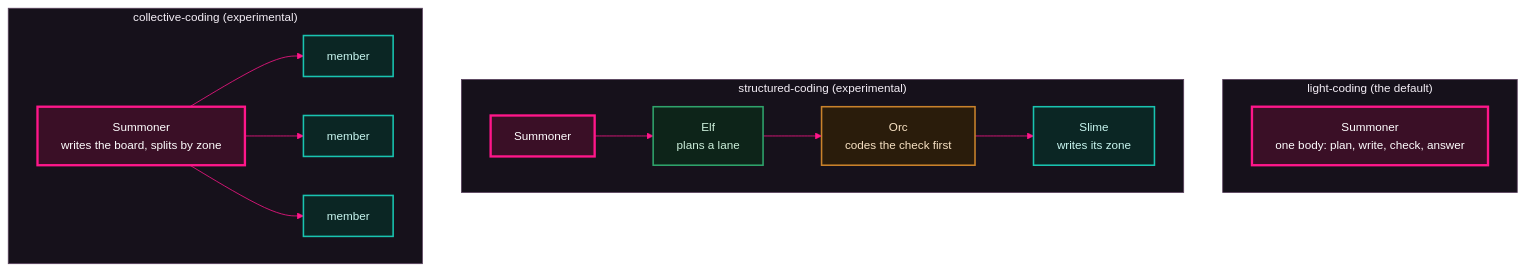
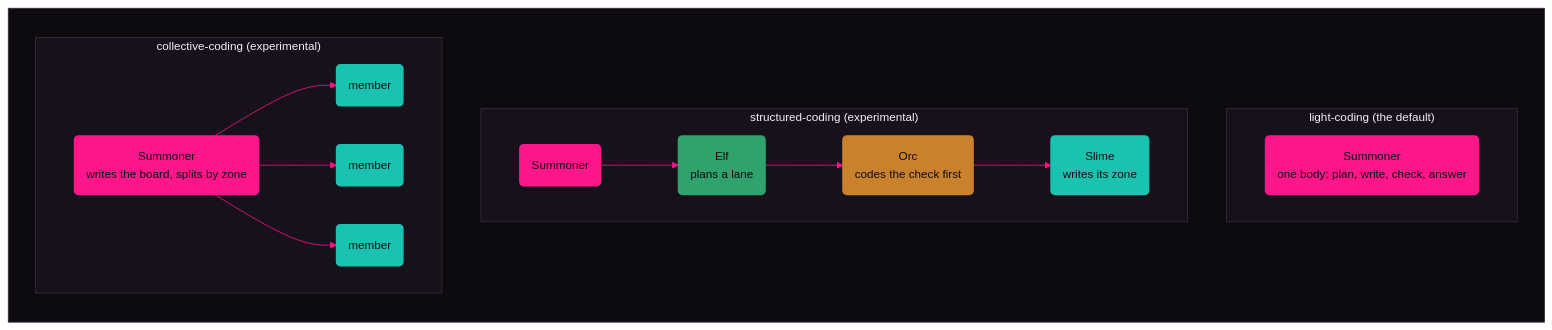
The diagram in docs/experimental/modes.md (Kaginari/mikata), drawn with Mermaid before and after one commit. The commit also changed 55 other files, not shown here.

````diff
--- a/docs/experimental/modes.md
+++ b/docs/experimental/modes.md
@@ -12,76 +12,80 @@
 ```mermaid
 ---
 config:
   theme: base
   themeVariables:
     darkMode: true
     background: "#0d0b10"
     fontFamily: "Inter, Segoe UI, system-ui, -apple-system, Helvetica, Arial, sans-serif"
     fontSize: "15px"
-    primaryColor: "#211824"
+    primaryColor: "#3d2b40"
     primaryTextColor: "#f5eff7"
-    primaryBorderColor: "#ff168a"
-    secondaryColor: "#2c2030"
+    primaryBorderColor: "#3d2b40"
+    secondaryColor: "#59405d"
     secondaryTextColor: "#f5eff7"
-    secondaryBorderColor: "#ff655c"
+    secondaryBorderColor: "#59405d"
     tertiaryColor: "#16111b"
     tertiaryTextColor: "#f5eff7"
-    tertiaryBorderColor: "#59405d"
+    tertiaryBorderColor: "#3d2b40"
     lineColor: "#ff168a"
     textColor: "#f5eff7"
     titleColor: "#f5eff7"
-    edgeLabelBackground: "#16111b"
+    edgeLabelBackground: "#0d0b10"
     clusterBkg: "#16111b"
-    clusterBorder: "#59405d"
-    noteBkgColor: "#332711"
-    noteTextColor: "#ffe1a8"
+    clusterBorder: "#3d2b40"
+    noteBkgColor: "#ffb020"
+    noteTextColor: "#1a1205"
     noteBorderColor: "#ffb020"
-    actorBkg: "#211824"
-    actorBorder: "#ff168a"
+    actorBkg: "#3d2b40"
+    actorBorder: "#3d2b40"
     actorTextColor: "#f5eff7"
     actorLineColor: "#59405d"
     signalColor: "#ff655c"
     signalTextColor: "#f5eff7"
-    labelBoxBkgColor: "#211824"
-    labelBoxBorderColor: "#ff168a"
+    labelBoxBkgColor: "#3d2b40"
+    labelBoxBorderColor: "#3d2b40"
     labelTextColor: "#f5eff7"
     loopTextColor: "#f5eff7"
-    activationBkgColor: "#3a0f26"
+    activationBkgColor: "#ff168a"
     activationBorderColor: "#ff168a"
     sequenceNumberColor: "#0d0b10"
     transitionColor: "#ff168a"
     transitionLabelColor: "#f5eff7"
     stateLabelColor: "#f5eff7"
-    stateBkg: "#211824"
-    labelBackgroundColor: "#16111b"
+    stateBkg: "#3d2b40"
+    labelBackgroundColor: "#0d0b10"
     compositeBackground: "#16111b"
-    compositeTitleBackground: "#211824"
+    compositeTitleBackground: "#3d2b40"
     altBackground: "#16111b"
     specialStateColor: "#b6f542"
     innerEndBackground: "#b6f542"
   flowchart:
     wrappingWidth: 360
 ---
 flowchart TD
-    subgraph light["light-coding (the default)"]
-      L1["Summoner<br/>one body: plan, write, check, answer"]
+    subgraph MIKATA_BG[" "]
+      direction TB
+      subgraph light["light-coding (the default)"]
+        L1("Summoner<br/>one body: plan, write, check, answer")
+      end
+      subgraph structured["structured-coding (experimental)"]
+        S1("Summoner") --> S2("Elf<br/>plans a lane")
+        S2 --> S3("Orc<br/>codes the check first")
+        S3 --> S4("Slime<br/>writes its zone")
+      end
+      subgraph collective["collective-coding (experimental)"]
+        C1("Summoner<br/>writes the board, splits by zone") --> C2("member")
+        C1 --> C3("member")
+        C1 --> C4("member")
+      end
     end
-    subgraph structured["structured-coding (experimental)"]
-      S1["Summoner"] --> S2["Elf<br/>plans a lane"]
-      S2 --> S3["Orc<br/>codes the check first"]
-      S3 --> S4["Slime<br/>writes its zone"]
-    end
-    subgraph collective["collective-coding (experimental)"]
-      C1["Summoner<br/>writes the board, splits by zone"] --> C2["member"]
-      C1 --> C3["member"]
-      C1 --> C4["member"]
-    end
-    classDef throne fill:#3a0f26,stroke:#ff168a,stroke-width:3px,color:#ffffff
+    classDef throne fill:#ff168a,stroke:#ff168a,stroke-width:2px,color:#0d0b10
     class L1,S1,C1 throne
-    classDef elf fill:#0d2419,stroke:#2fa36b,stroke-width:2px,color:#cdf0dc
+    classDef elf fill:#2fa36b,stroke:#2fa36b,stroke-width:2px,color:#0d0b10
     class S2 elf
-    classDef orc fill:#2a1c0b,stroke:#c9822b,stroke-width:2px,color:#f8e2c4
+    classDef orc fill:#c9822b,stroke:#c9822b,stroke-width:2px,color:#0d0b10
     class S3 orc
-    classDef slime fill:#0b2624,stroke:#19c3b0,stroke-width:2px,color:#c9f6f0
+    classDef slime fill:#19c3b0,stroke:#19c3b0,stroke-width:2px,color:#0d0b10
     class S4,C2,C3,C4 slime
+    style MIKATA_BG fill:#0d0b10,stroke:#3d2b40,color:#0d0b10
 ```
````
